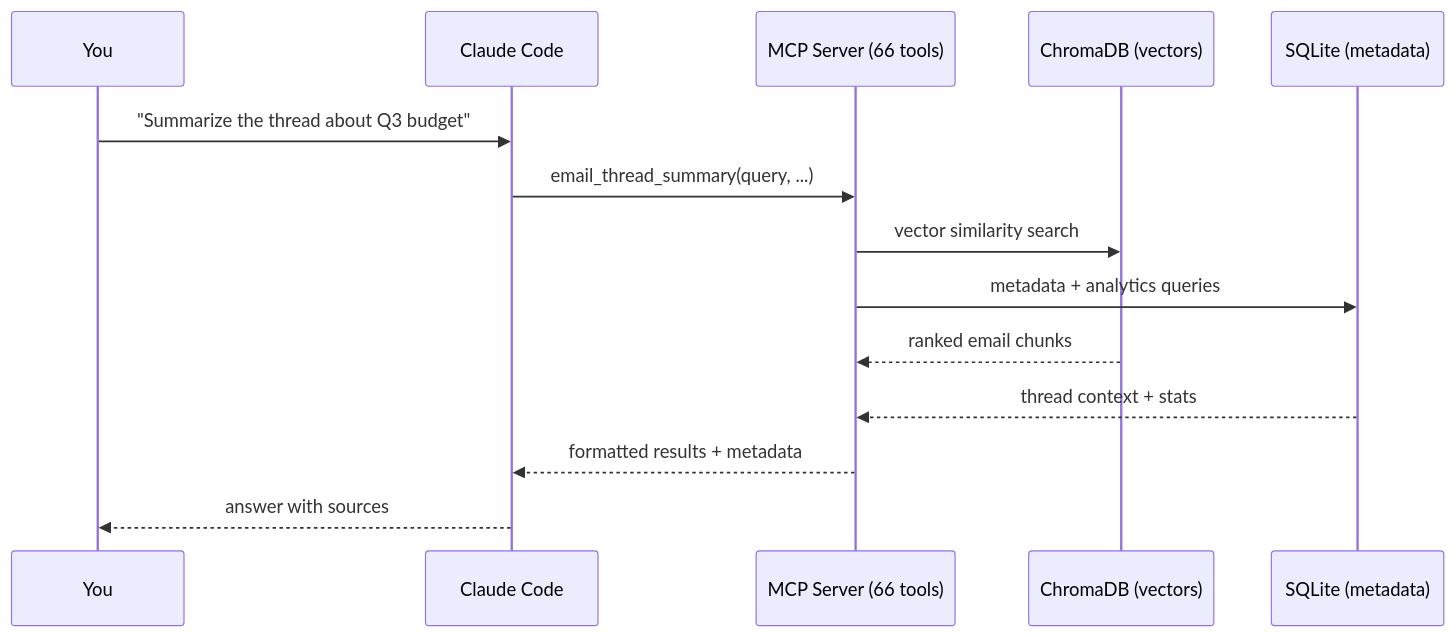
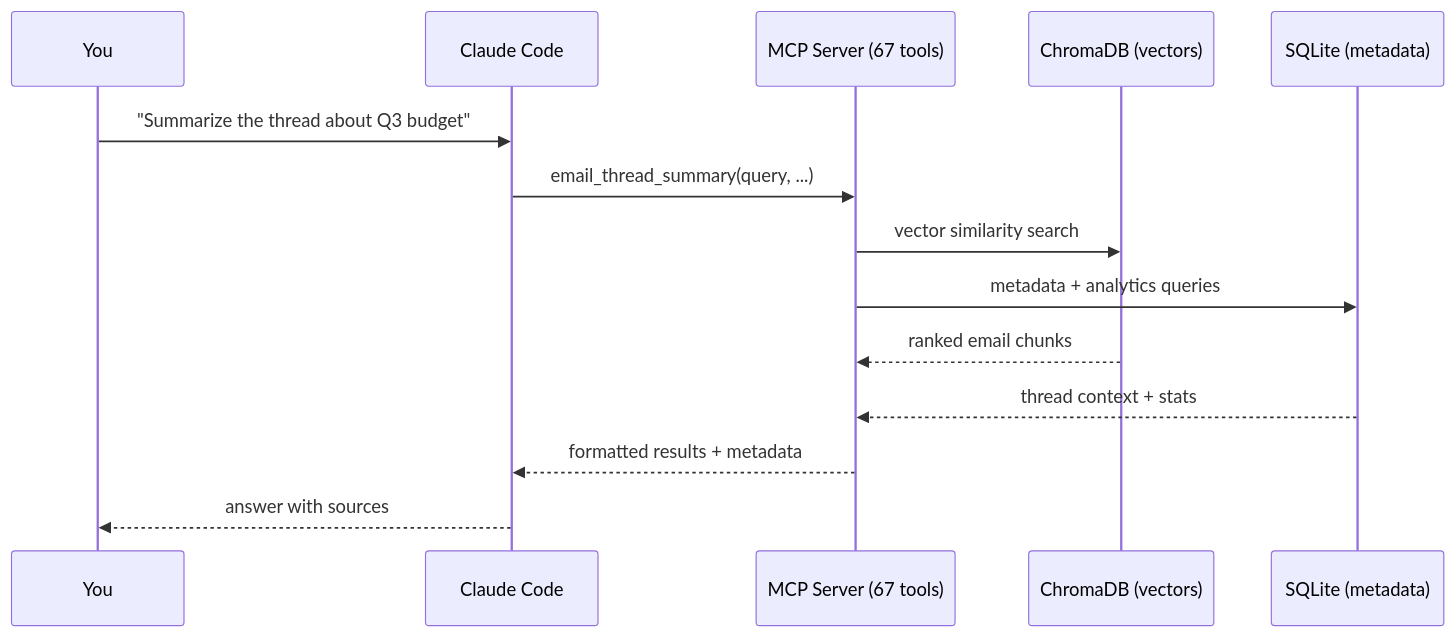
The second of 4 diagrams in README.md (sebastianspicker/outlook-email-rag), drawn with Mermaid before and after one commit. The commit also changed other lines of this file and 2 other files, not shown here.

Commit message:
docs: fix documentation drift — 66→67 tools, add --reembed and email_reembed

````diff
--- a/README.md
+++ b/README.md
@@ -61,17 +61,17 @@
 ```mermaid
 sequenceDiagram
     participant You
     participant Claude as Claude Code
-    participant MCP as MCP Server (66 tools)
+    participant MCP as MCP Server (67 tools)
     participant VDB as ChromaDB (vectors)
     participant SQL as SQLite (metadata)
 
     You->>Claude: "Summarize the thread about Q3 budget"
     Claude->>MCP: email_thread_summary(query, ...)
     MCP->>VDB: vector similarity search
     MCP->>SQL: metadata + analytics queries
     VDB-->>MCP: ranked email chunks
     SQL-->>MCP: thread context + stats
     MCP-->>Claude: formatted results + metadata
     Claude-->>You: answer with sources
 ```
````
